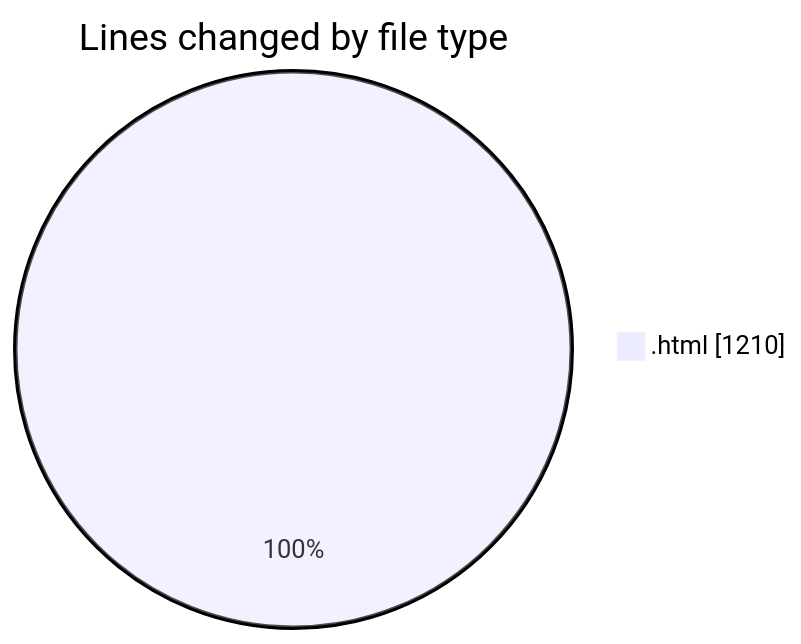
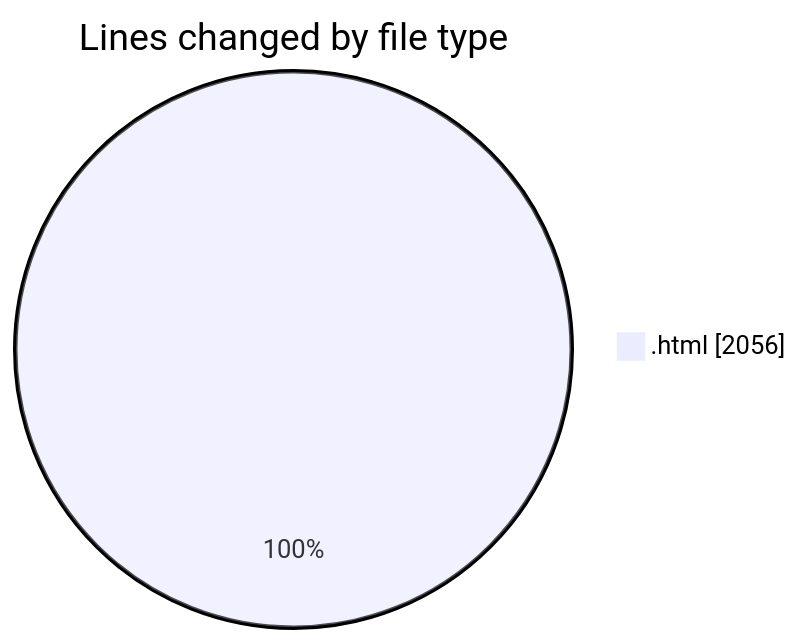
The first of 2 diagrams in 2025-09-14/new_folder/README.md (IJAZ3593/code-tracking), drawn with Mermaid before and after one commit. The commit also changed other lines of this file and 1 other file, not shown here.

````diff
--- a/2025-09-14/new_folder/README.md
+++ b/2025-09-14/new_folder/README.md
@@ -24,5 +24,5 @@
 ```mermaid
 pie showData
 title Lines changed by file type
-".html" : 1210
+".html" : 2056
 ```
````
